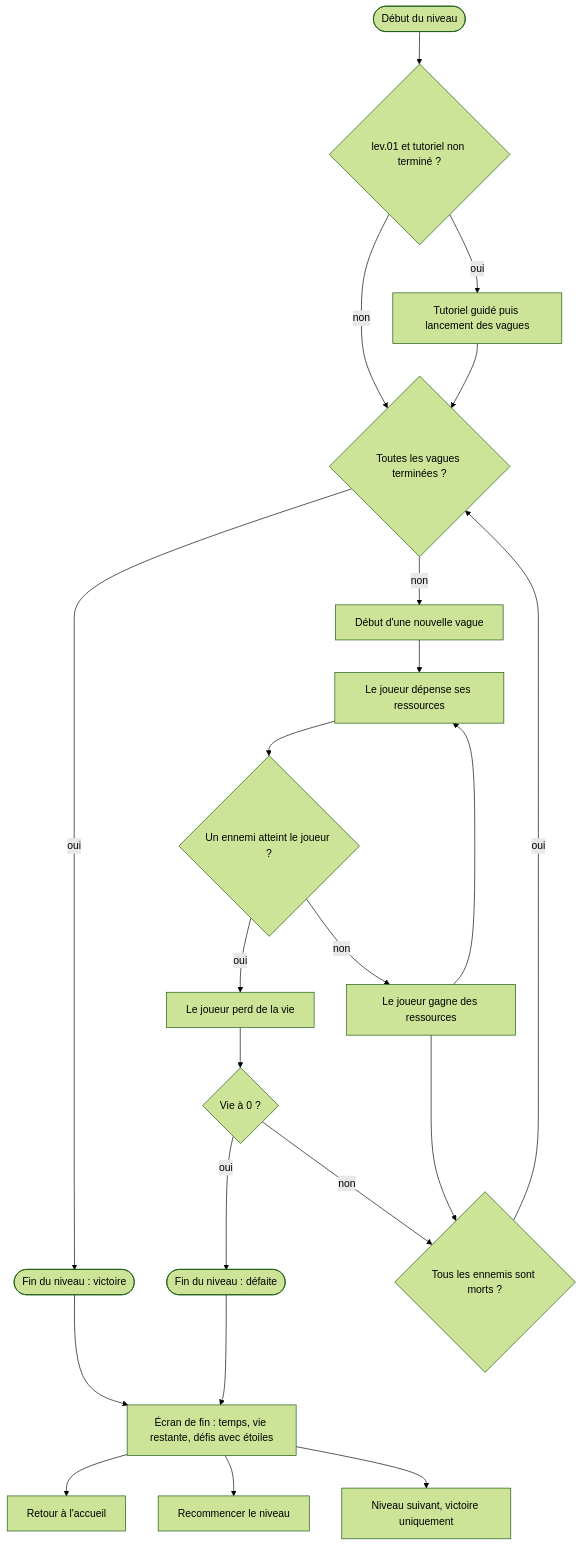
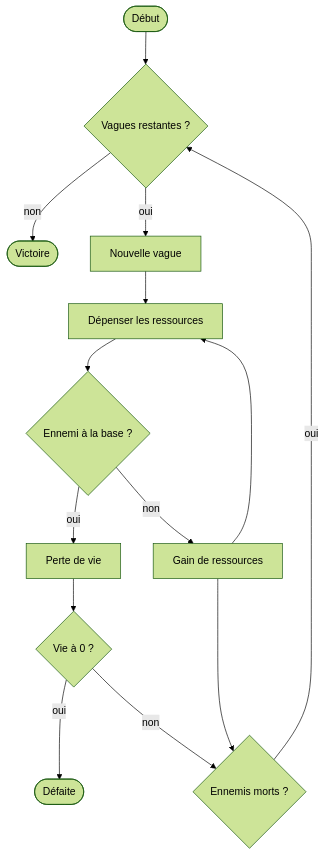
The first of 2 diagrams in src/content/docs/development/user-flows/in-game.md (Cat-aclsym/documentation), drawn with Mermaid (forest theme) before and after one commit. The commit also changed other lines of this file and 51 other files, not shown here.

Commit message:
docs: Add game sprites, Starlight components and simpler diagrams, with green links and an indented sidebar.

````diff
--- a/src/content/docs/development/user-flows/in-game.md
+++ b/src/content/docs/development/user-flows/in-game.md
@@ -11,25 +11,16 @@
 ```mermaid
 flowchart TD
-    start(["Début du niveau"]) --> tuto{"lev.01 et tutoriel non terminé ?"}
-    tuto -->|oui| guide["Tutoriel guidé puis lancement des vagues"]
-    tuto -->|non| waves
-    guide --> waves
-    waves{"Toutes les vagues terminées ?"}
-    waves -->|oui| win(["Fin du niveau : victoire"])
-    waves -->|non| newwave["Début d'une nouvelle vague"]
-    newwave --> spend["Le joueur dépense ses ressources"]
-    spend --> reach{"Un ennemi atteint le joueur ?"}
-    reach -->|oui| hurt["Le joueur perd de la vie"]
-    reach -->|non| gain["Le joueur gagne des ressources"]
+    start(["Début"]) --> waves{"Vagues restantes ?"}
+    waves -->|non| win(["Victoire"])
+    waves -->|oui| newwave["Nouvelle vague"]
+    newwave --> play["Dépenser les ressources"]
+    play --> hit{"Ennemi à la base ?"}
+    hit -->|oui| hurt["Perte de vie"]
+    hit -->|non| gain["Gain de ressources"]
     hurt --> dead{"Vie à 0 ?"}
-    dead -->|oui| lose(["Fin du niveau : défaite"])
+    dead -->|oui| lose(["Défaite"])
     dead -->|non| clear
-    gain --> clear{"Tous les ennemis sont morts ?"}
-    gain --> spend
+    gain --> play
+    gain --> clear{"Ennemis morts ?"}
     clear -->|oui| waves
-    win --> endscreen["Écran de fin : temps, vie restante, défis avec étoiles"]
-    lose --> endscreen
-    endscreen --> home["Retour à l'accueil"]
-    endscreen --> restart["Recommencer le niveau"]
-    endscreen --> next["Niveau suivant, victoire uniquement"]
 ```
````
